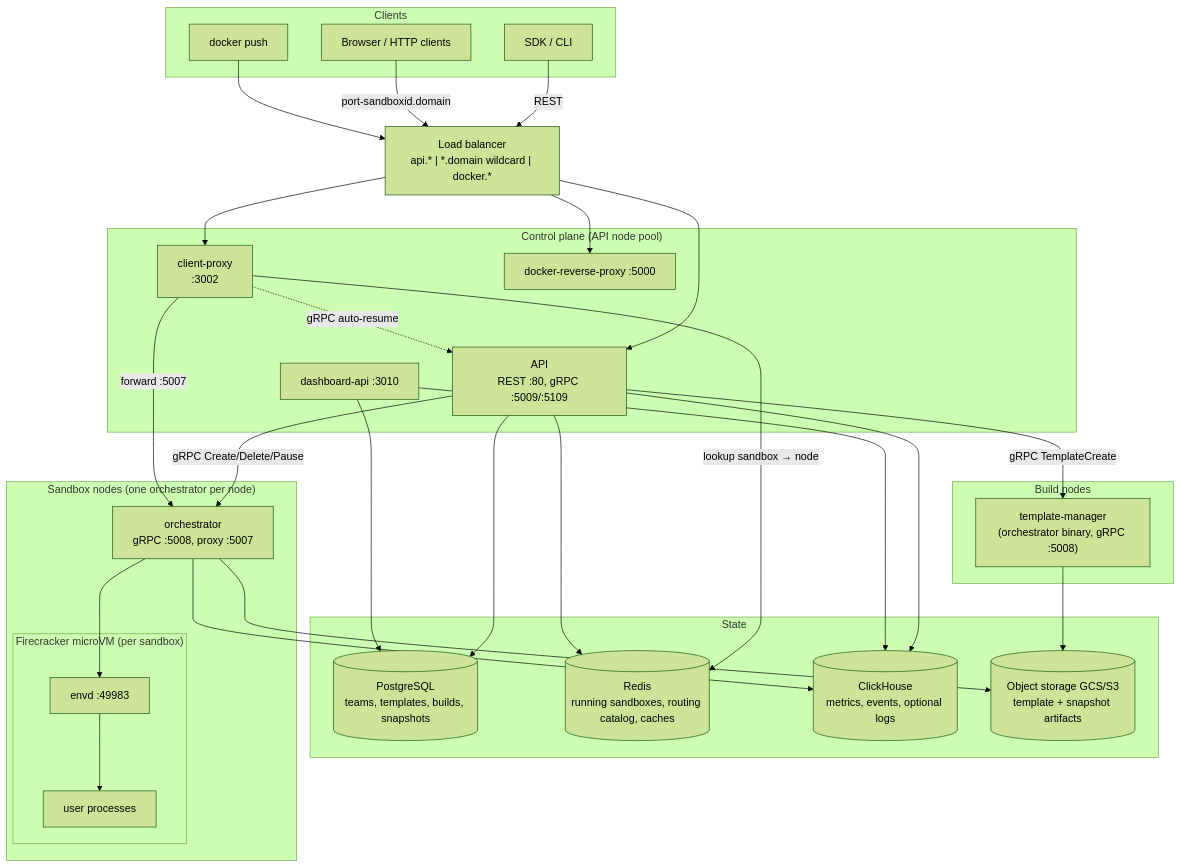
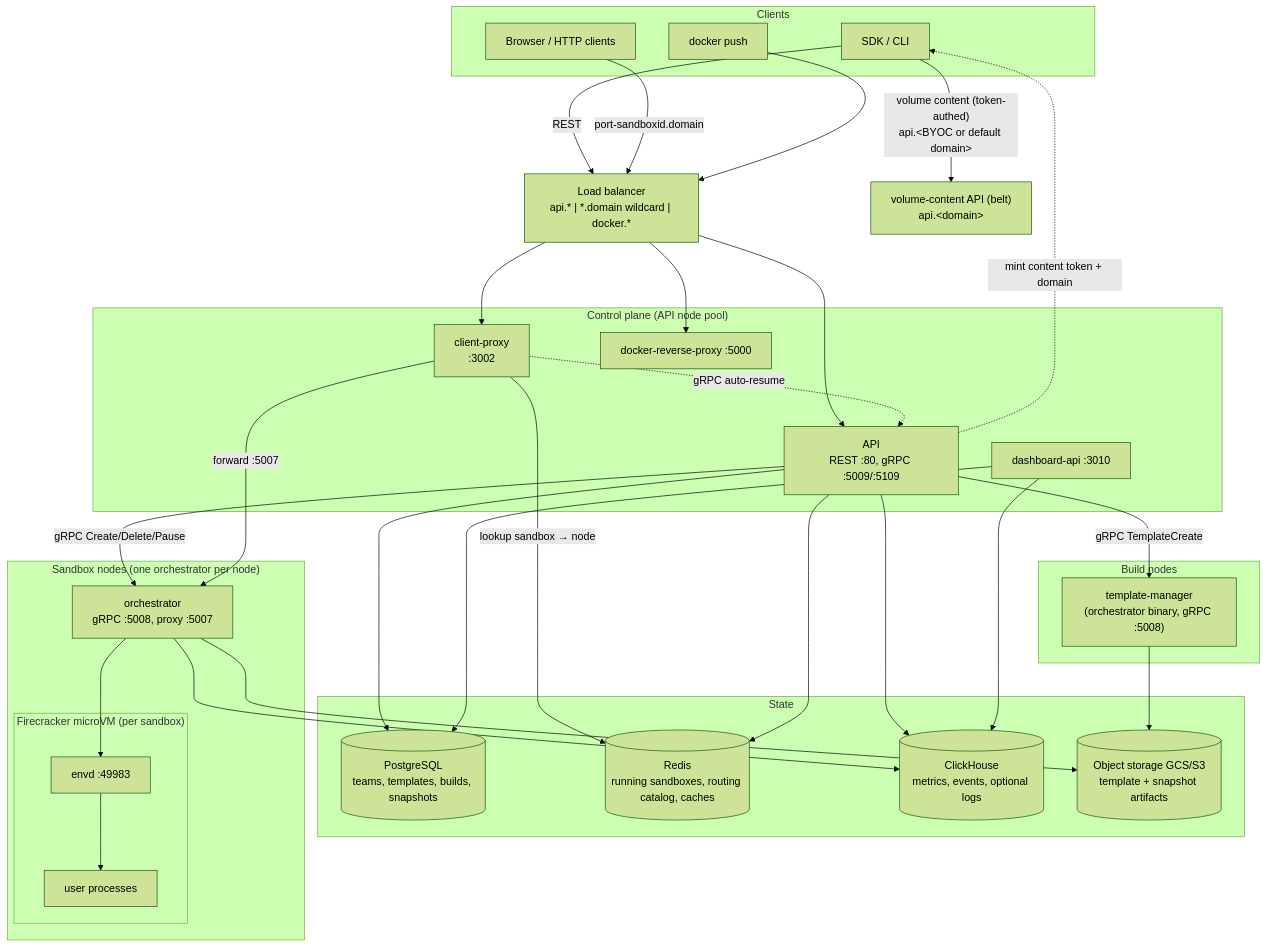
The first of 6 diagrams in docs/ARCHITECTURE.md (e2b-dev/infra), drawn with Mermaid (forest theme) before and after one commit. The commit also changed other lines of this file and 10 other files, not shown here.

First line of the commit message:
feat(api): return BYOC cluster domain from volume endpoints (#3490)

````diff
--- a/docs/ARCHITECTURE.md
+++ b/docs/ARCHITECTURE.md
@@ -32,51 +32,55 @@
 ```mermaid
 flowchart TB
     subgraph clients["Clients"]
         SDK["SDK / CLI"]
         Browser["Browser / HTTP clients"]
         Docker["docker push"]
     end
 
     LB["Load balancer<br/>api.* | *.domain wildcard | docker.*"]
+
+    VC["volume-content API (belt)<br/>api.&lt;domain&gt;"]
 
     subgraph controlplane["Control plane (API node pool)"]
         API["API<br/>REST :80, gRPC :5009/:5109"]
         DashAPI["dashboard-api :3010"]
         CP["client-proxy<br/>:3002"]
         DRP["docker-reverse-proxy :5000"]
     end
 
     subgraph datastores["State"]
         PG[("PostgreSQL<br/>teams, templates, builds, snapshots")]
         RD[("Redis<br/>running sandboxes, routing catalog, caches")]
         CH[("ClickHouse<br/>metrics, events, optional logs")]
         OS[("Object storage GCS/S3<br/>template + snapshot artifacts")]
     end
 
     subgraph clientnode["Sandbox nodes (one orchestrator per node)"]
         ORCH["orchestrator<br/>gRPC :5008, proxy :5007"]
         subgraph vm["Firecracker microVM (per sandbox)"]
             ENVD["envd :49983"]
             USERPROC["user processes"]
         end
     end
 
     subgraph buildnode["Build nodes"]
         TM["template-manager<br/>(orchestrator binary, gRPC :5008)"]
     end
 
     SDK -->|REST| LB --> API
     Browser -->|"port-sandboxid.domain"| LB --> CP
     Docker --> LB --> DRP
+    API -.->|"mint content token + domain"| SDK
+    SDK -->|"volume content (token-authed)<br/>api.&lt;BYOC or default domain&gt;"| VC
     API -->|"gRPC Create/Delete/Pause"| ORCH
     API -->|"gRPC TemplateCreate"| TM
     CP -->|"lookup sandbox → node"| RD
     CP -->|"forward :5007"| ORCH
     CP -.->|"gRPC auto-resume"| API
     ORCH --> ENVD
     ENVD --> USERPROC
     API --> PG & RD & CH
     DashAPI --> PG & CH
     ORCH --> OS & CH
     TM --> OS
 ```
````
